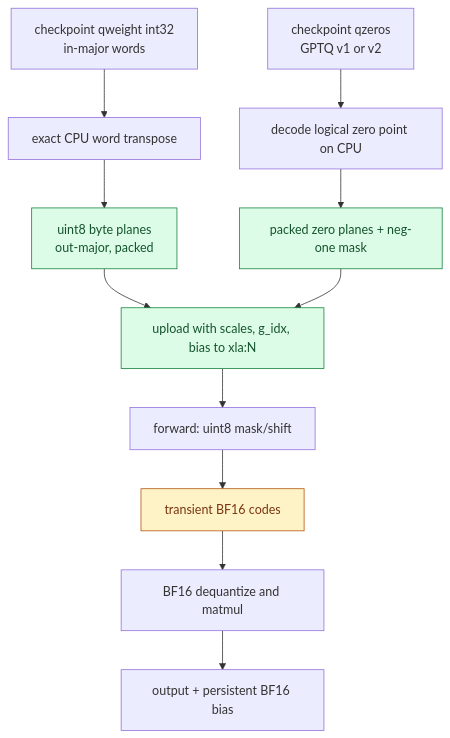
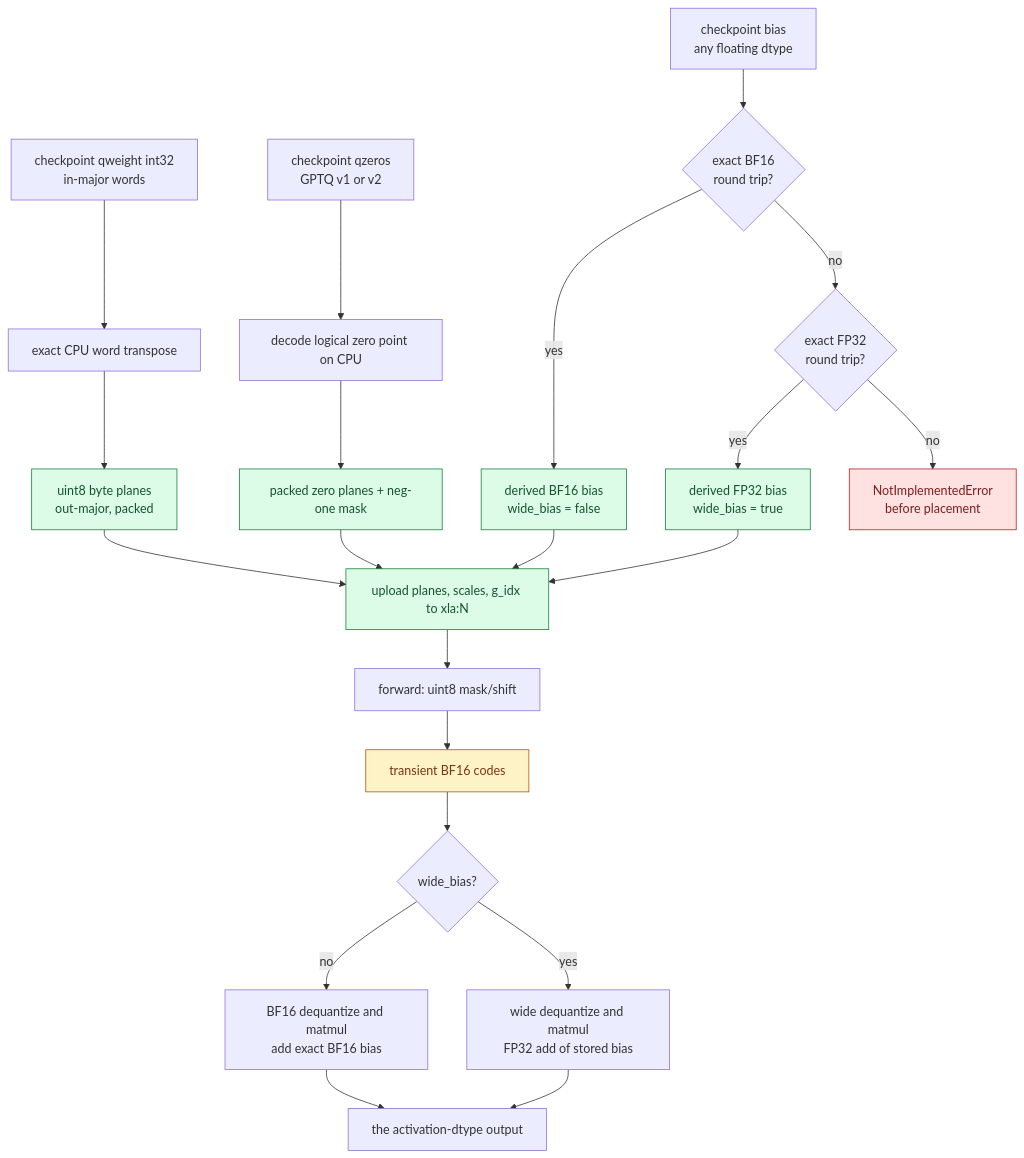
One commit to ModelCloud/GPTQModel changed the second of 12 diagrams in docs/tenstorrent.md. Above: the diagram before and after it, drawn with Mermaid. The commit also changed other lines of this file and 4 other files, not shown here.

First line of the commit message:
fix(ttxla): keep a non-BF16 bias exact through the TT epilogue (#6013)

````diff
--- a/docs/tenstorrent.md
+++ b/docs/tenstorrent.md
@@ -89,18 +89,30 @@
 ```mermaid
 flowchart TD
     A["checkpoint qweight int32<br/>in-major words"] --> B["exact CPU word transpose"]
     Z["checkpoint qzeros<br/>GPTQ v1 or v2"] --> Y["decode logical zero point on CPU"]
     B --> C["uint8 byte planes<br/>out-major, packed"]
     Y --> D["packed zero planes + neg-one mask"]
-    C --> E["upload with scales, g_idx, bias to xla:N"]
+    BI["checkpoint bias<br/>any floating dtype"] --> BJ{"exact BF16<br/>round trip?"}
+    BJ -- yes --> BK["derived BF16 bias<br/>wide_bias = false"]
+    BJ -- no --> BN{"exact FP32<br/>round trip?"}
+    BN -- yes --> BL["derived FP32 bias<br/>wide_bias = true"]
+    BN -- no --> BM["NotImplementedError<br/>before placement"]:::fail
+    C --> E["upload planes, scales, g_idx to xla:N"]
     D --> E
+    BK --> E
+    BL --> E
     E --> F["forward: uint8 mask/shift"]
     F --> G["transient BF16 codes"]
-    G --> H["BF16 dequantize and matmul"]
-    H --> I["output + persistent BF16 bias"]
+    G --> H{"wide_bias?"}
+    H -- no --> I["BF16 dequantize and matmul<br/>add exact BF16 bias"]
+    H -- yes --> J["wide dequantize and matmul<br/>FP32 add of stored bias"]
+    I --> K["the activation-dtype output"]
+    J --> K
 
     classDef storage fill:#dcfce7,stroke:#15803d,color:#14532d;
     classDef transient fill:#fef3c7,stroke:#b45309,color:#78350f;
-    class C,D,E storage;
+    classDef fail fill:#fee2e2,stroke:#b91c1c,color:#7f1d1d;
+    class C,D,E,BK,BL storage;
     class G transient;
+    class BM fail;
 ```
````
